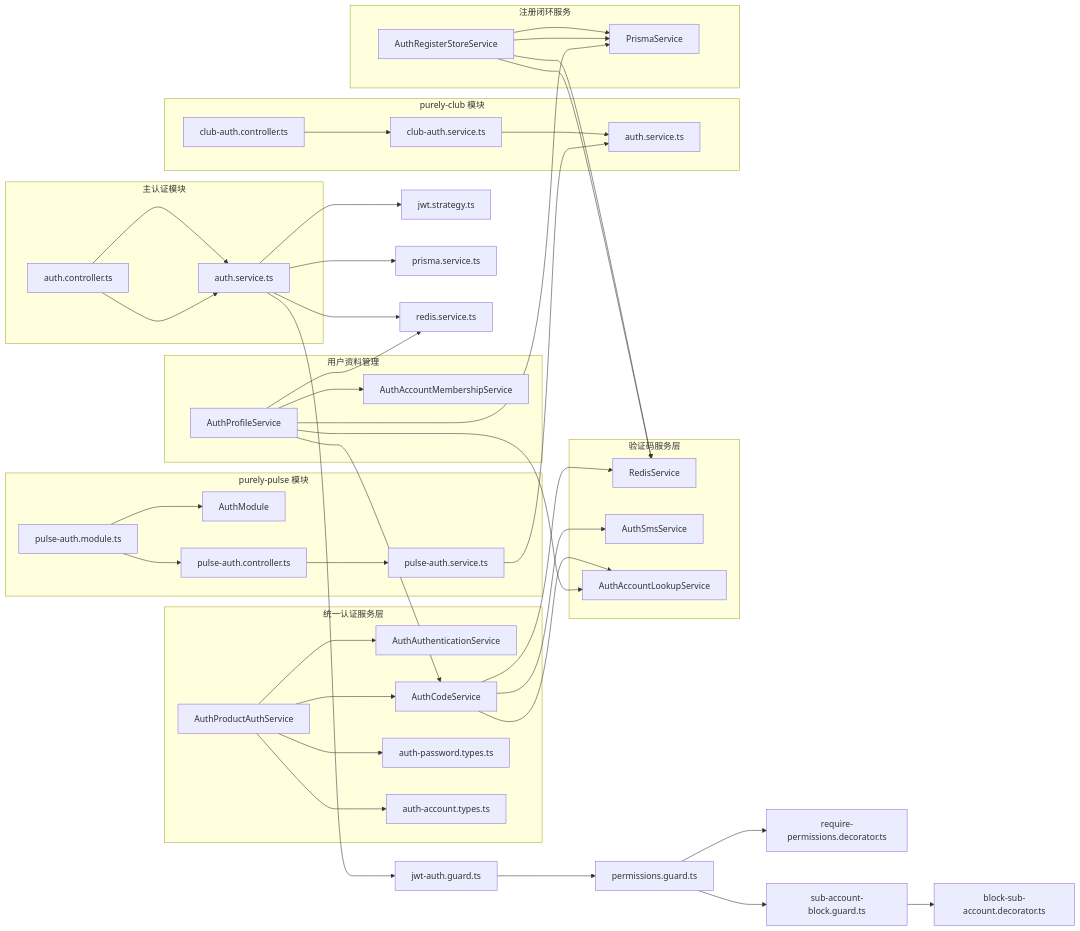
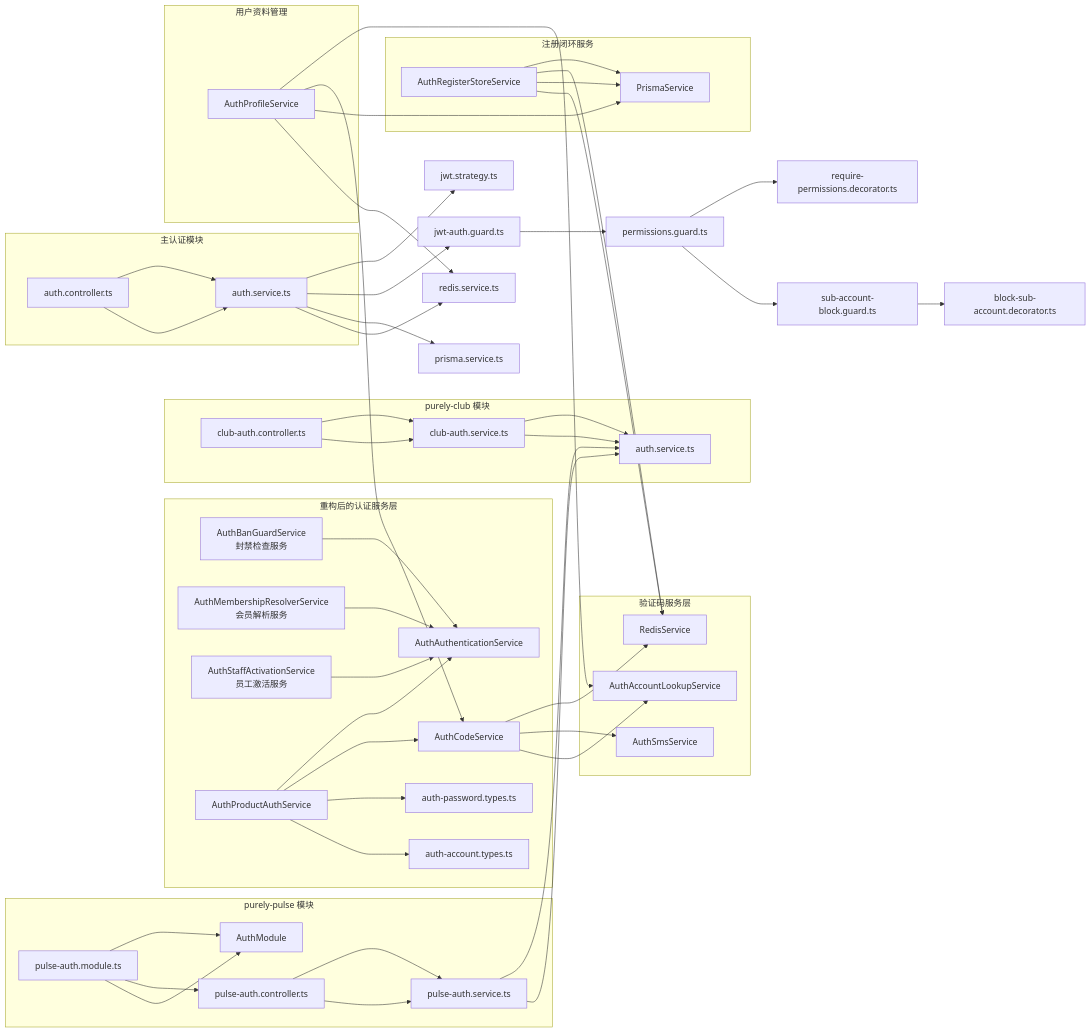
Diagram 15 of 15 in .qoder/repowiki/zh/content/认证授权系统/认证授权系统.md (rc558620/purelyprofit-server), drawn with Mermaid before and after one commit. The commit also changed other lines of this file and 45 other files, not shown here.

````diff
--- a/.qoder/repowiki/zh/content/认证授权系统/认证授权系统.md
+++ b/.qoder/repowiki/zh/content/认证授权系统/认证授权系统.md
@@ -902,48 +935,63 @@
 ```mermaid
 graph LR
-subgraph "统一认证服务层"
-APAS["AuthProductAuthService"] --> AAS["AuthAuthenticationService"]
-APAS --> ACS["AuthCodeService"]
-APAS --> AST["auth-password.types.ts"]
-APAS --> AAT["auth-account.types.ts"]
+subgraph "重构后的认证服务层"
+ABGS["AuthBanGuardService<br/>封禁检查服务"]
+AMRS["AuthMembershipResolverService<br/>会员解析服务"]
+ASAS["AuthStaffActivationService<br/>员工激活服务"]
+APAS["AuthProductAuthService"]
+AAS["AuthAuthenticationService"]
+ACS["AuthCodeService"]
+AST["auth-password.types.ts"]
+AAT["auth-account.types.ts"]
 end
 subgraph "验证码服务层"
 ACS --> RS["RedisService"]
 ACS --> ASS["AuthSmsService"]
 ACS --> AALS["AuthAccountLookupService"]
 end
 subgraph "purely-club 模块"
 CCtrl["club-auth.controller.ts"] --> CSvc["club-auth.service.ts"]
 CSvc --> MainSvc["auth.service.ts"]
 end
 subgraph "purely-pulse 模块"
 PAM["pulse-auth.module.ts"] --> AM["AuthModule"]
 PAM --> PCtrl["pulse-auth.controller.ts"] --> PSvc["pulse-auth.service.ts"]
 PSvc --> MainSvc
 end
 subgraph "主认证模块"
 Ctrl["auth.controller.ts"] --> Svc["auth.service.ts"]
 end
 subgraph "用户资料管理"
 UPS["AuthProfileService"] --> AALS["AuthAccountLookupService"]
-UPS --> AAMS["AuthAccountMembershipService"]
 UPS --> ACS
 end
 subgraph "注册闭环服务"
 ARS["AuthRegisterStoreService"] --> PRISMA["PrismaService"]
 ARS --> RS
 end
+ABGS --> AAS
+AMRS --> AAS
+ASAS --> AAS
+APAS --> AAS
+APAS --> ACS
+APAS --> AST
+APAS --> AAT
+CCtrl --> CSvc
+CSvc --> MainSvc
+PAM --> AM
+PCtrl --> PSvc
+PSvc --> MainSvc
 Ctrl --> Svc
 Svc --> Strat["jwt.strategy.ts"]
 Svc --> Guard["jwt-auth.guard.ts"]
 Guard --> PermGuard["permissions.guard.ts"]
 PermGuard --> Decor["require-permissions.decorator.ts"]
 PermGuard --> SubGuard["sub-account-block.guard.ts"]
 SubGuard --> SubDecor["block-sub-account.decorator.ts"]
 Svc --> Prisma["prisma.service.ts"]
 Svc --> Redis["redis.service.ts"]
 ARS --> PRISMA
 ARS --> RS
 UPS --> PRISMA
 UPS --> Redis
 ```
````
